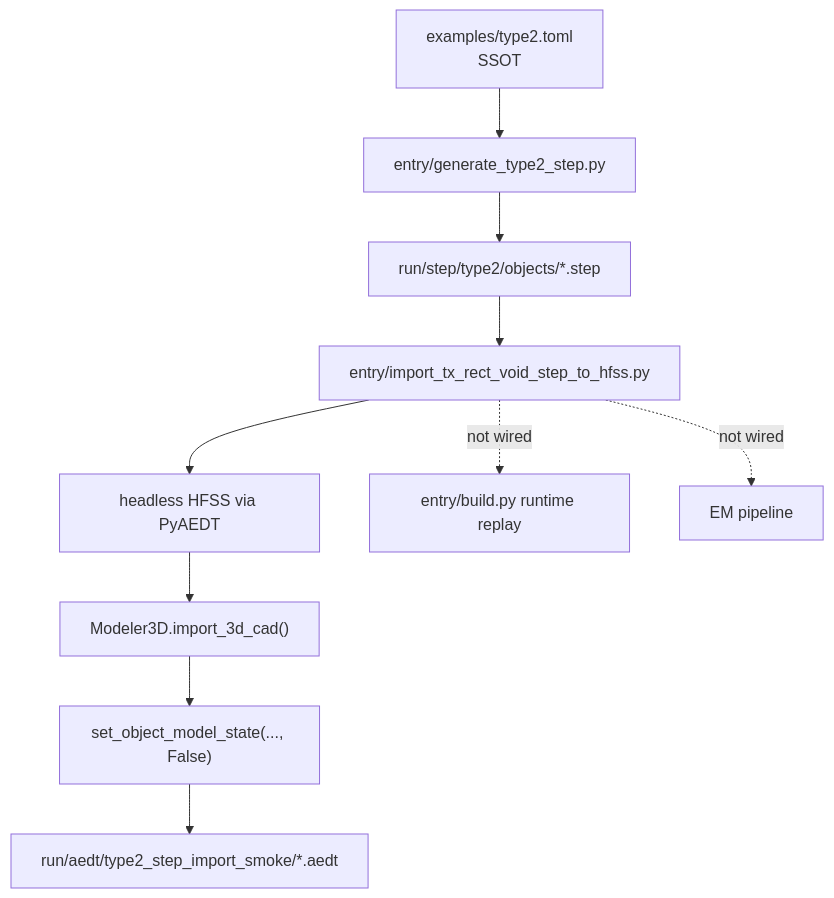
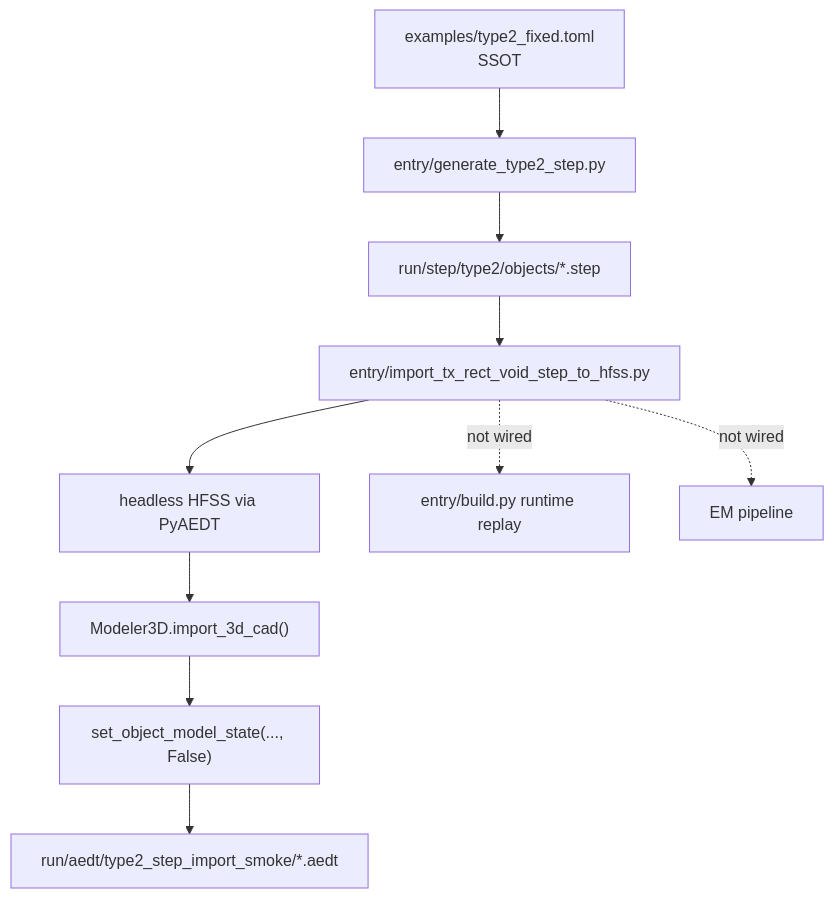
Before and after one commit to Glaysia/peetsfea: the second of 2 diagrams in sdd/diagrams/sample-build-flow.md, drawn with Mermaid. The commit also changed other lines of this file and 67 other files, not shown here.

````diff
--- a/sdd/diagrams/sample-build-flow.md
+++ b/sdd/diagrams/sample-build-flow.md
@@ -34,23 +43,23 @@
 ```mermaid
 flowchart TD
-    Type2Toml["examples/type2.toml\nSSOT"]
+    Type2Toml["examples/type2_fixed.toml\nSSOT"]
     StepExport["entry/generate_type2_step.py"]
     StepArtifact["run/step/type2/objects/*.step"]
     SmokeImport["entry/import_tx_rect_void_step_to_hfss.py"]
     HeadlessHfss["headless HFSS via PyAEDT"]
     ImportCad["Modeler3D.import_3d_cad()"]
     NonModelState["set_object_model_state(..., False)"]
     SmokeAedt["run/aedt/type2_step_import_smoke/*.aedt"]
     RuntimeBuild["entry/build.py runtime replay"]
     EmRuntime["EM pipeline"]
 
     Type2Toml --> StepExport
     StepExport --> StepArtifact
     StepArtifact --> SmokeImport
     SmokeImport --> HeadlessHfss
     HeadlessHfss --> ImportCad
     ImportCad --> NonModelState
     NonModelState --> SmokeAedt
     SmokeImport -. not wired .-> RuntimeBuild
     SmokeImport -. not wired .-> EmRuntime
 ```
````
